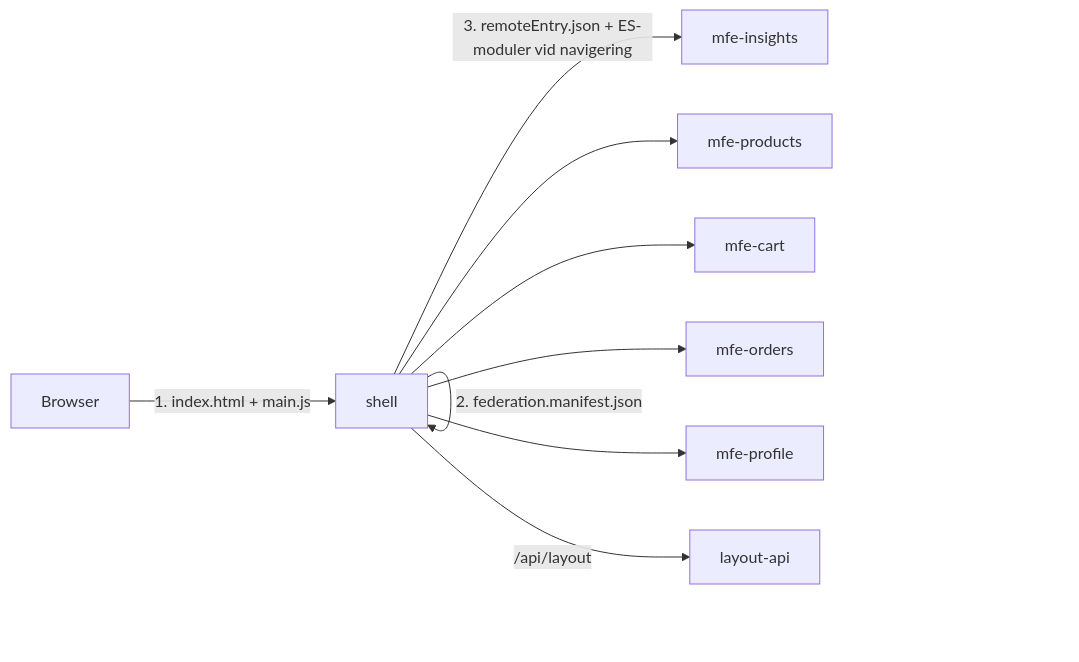
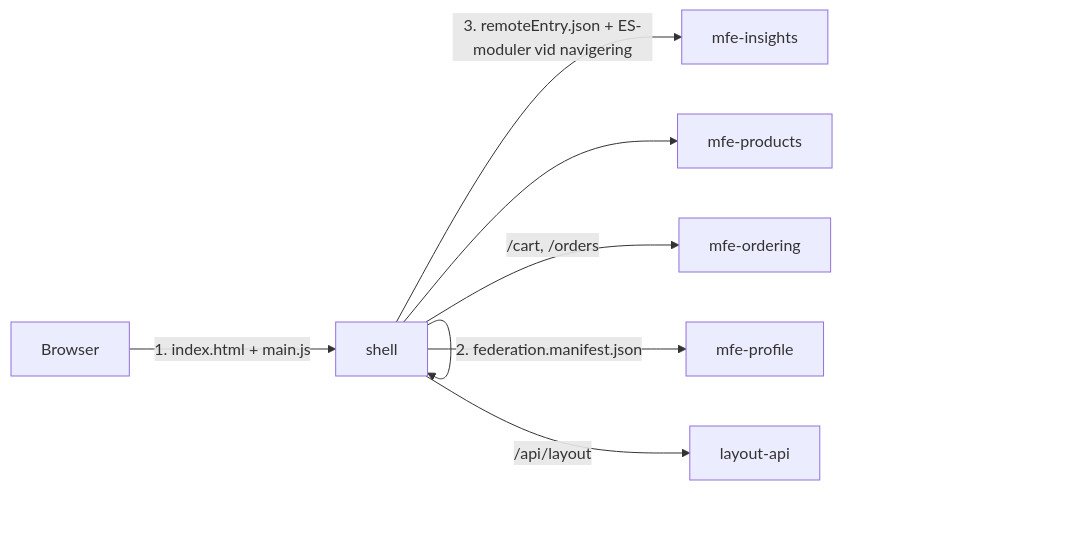
One commit to peterlonnquist/nx-ng-microfrontend changed the first of 2 diagrams in README.md. Above: the diagram before and after it, drawn with Mermaid. The commit also changed other lines of this file and 88 other files, not shown here.

First line of the commit message:
Merge mfe-cart and mfe-orders into mfe-ordering (ADR 0002)

````diff
--- a/README.md
+++ b/README.md
@@ -111,11 +112,10 @@
 ```mermaid
 flowchart LR
   B[Browser] -->|1. index.html + main.js| S[shell]
   S -->|2. federation.manifest.json| S
   S -->|3. remoteEntry.json + ES-moduler vid navigering| I[mfe-insights]
   S --> P[mfe-products]
-  S --> C[mfe-cart]
-  S --> O[mfe-orders]
+  S -->|/cart, /orders| O[mfe-ordering]
   S --> U[mfe-profile]
   S -->|/api/layout| L[layout-api]
 ```
````
